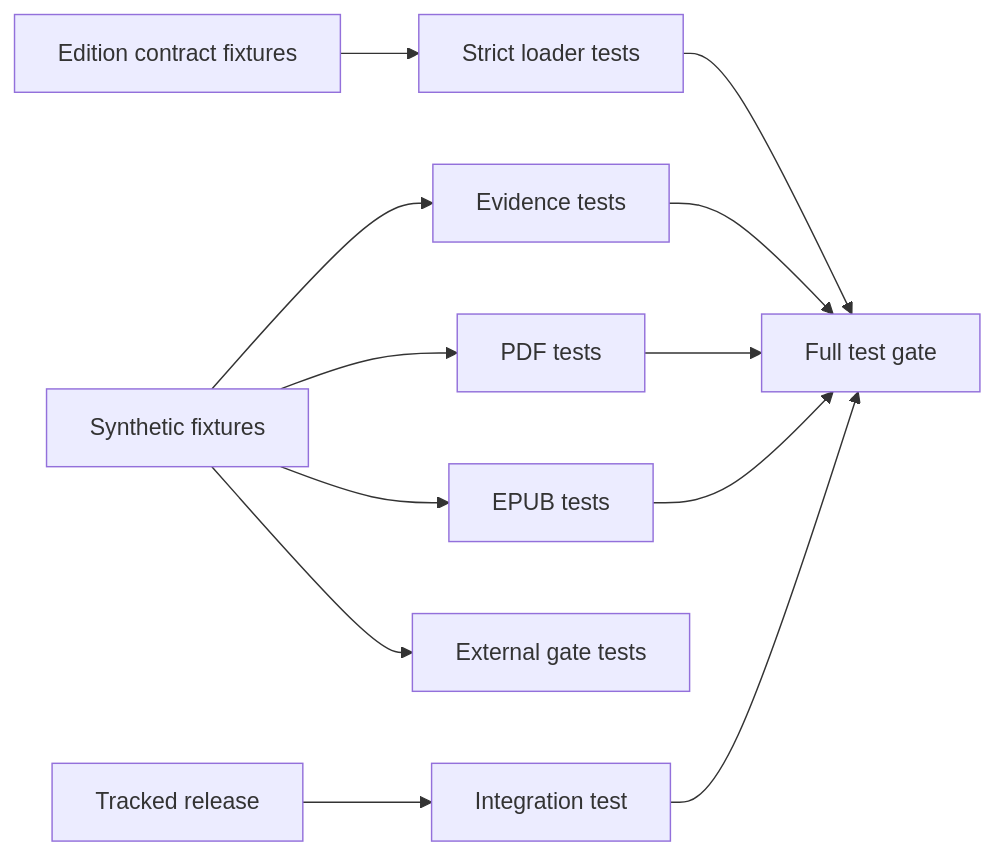
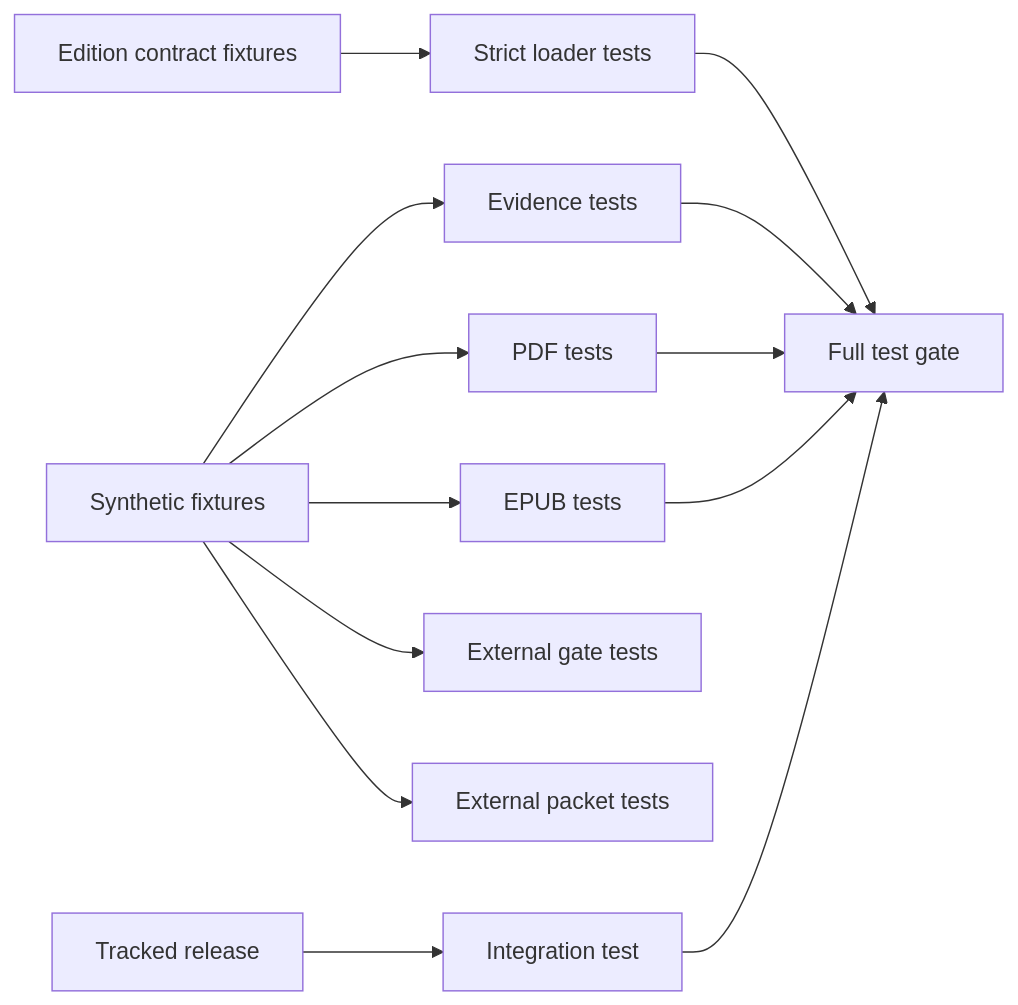
One commit to streamentry/streamentry changed the first of 5 diagrams in tests/AGENTS.md. Above: the diagram before and after it, drawn with Mermaid. The commit also changed other lines of this file and 15 other files, not shown here.

````diff
--- a/tests/AGENTS.md
+++ b/tests/AGENTS.md
@@ -28,14 +29,15 @@
 ```mermaid
 flowchart LR
   C["Edition contract fixtures"] --> D["Strict loader tests"]
   F["Synthetic fixtures"] --> E["Evidence tests"]
   F --> P["PDF tests"]
   F --> U["EPUB tests"]
   F --> X["External gate tests"]
+  F --> K["External packet tests"]
   R["Tracked release"] --> I["Integration test"]
   E --> G["Full test gate"]
   D --> G
   P --> G
   U --> G
   I --> G
 ```
````
